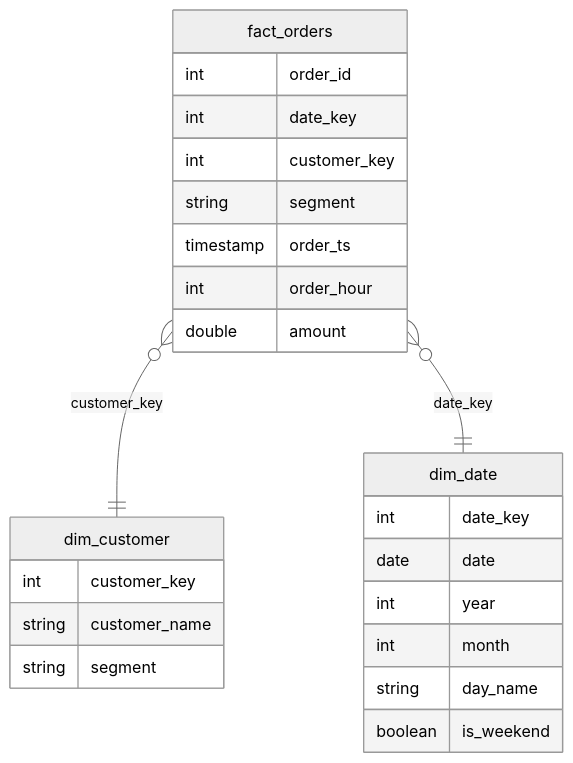
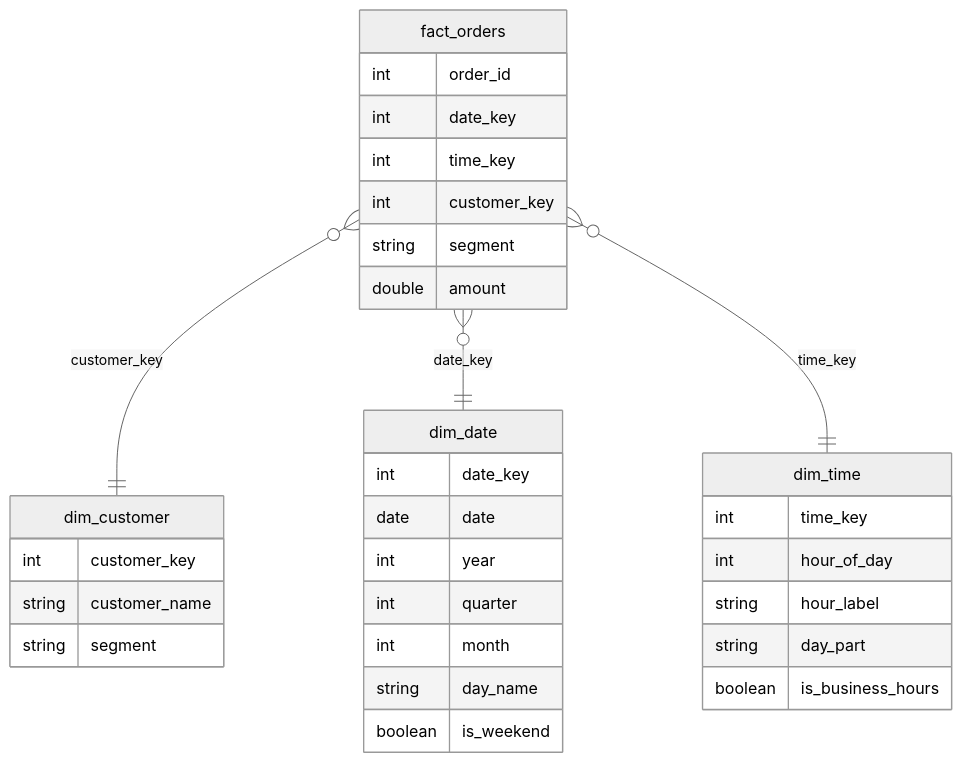
The diagram in README.md (llllenah/lab6_gold_layer), drawn with Mermaid (neutral theme) before and after one commit. The commit also changed other lines of this file and 6 other files, not shown here.

First line of the commit message:
Lab 6: separate static dimensions, add dim_time, drop order_ts from fact

````diff
--- a/README.md
+++ b/README.md
@@ -15,16 +15,17 @@
 ```mermaid
 erDiagram
     fact_orders }o--|| dim_customer : customer_key
     fact_orders }o--|| dim_date : date_key
+    fact_orders }o--|| dim_time : time_key
     fact_orders {
         int order_id
         int date_key
+        int time_key
         int customer_key
         string segment
-        timestamp order_ts
-        int order_hour
         double amount
     }
     dim_customer { int customer_key string customer_name string segment }
-    dim_date { int date_key date date int year int month string day_name boolean is_weekend }
+    dim_date { int date_key date date int year int quarter int month string day_name boolean is_weekend }
+    dim_time { int time_key int hour_of_day string hour_label string day_part boolean is_business_hours }
 ```
````
